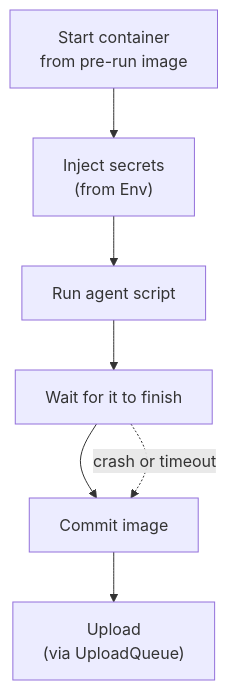
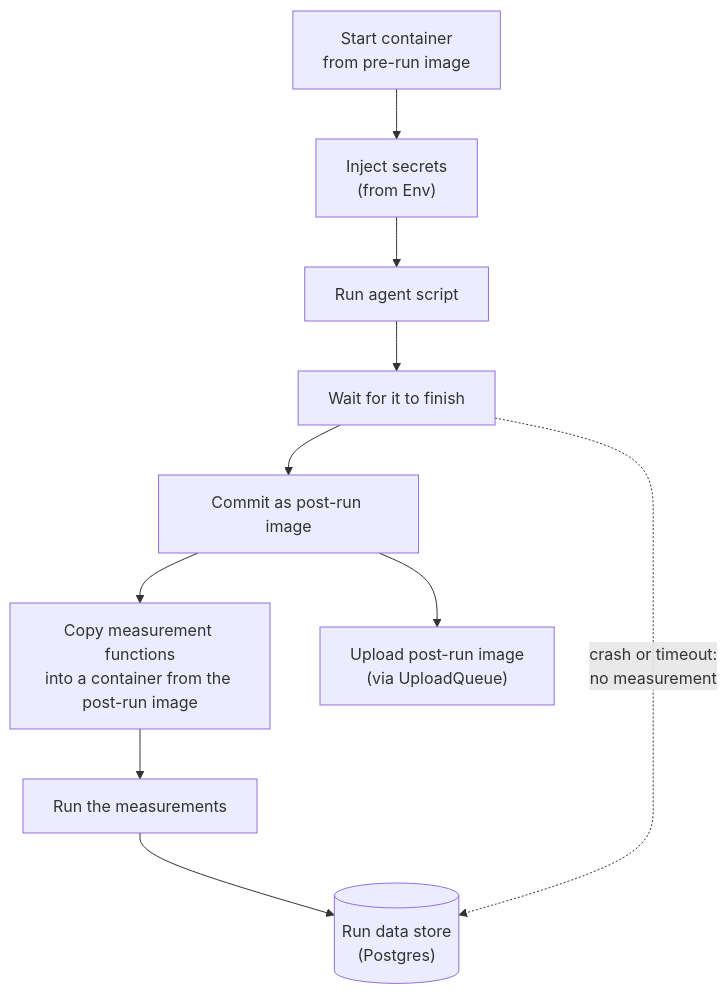
The second of 2 diagrams in project-md/human-safe-space/refactor-work/architecture-plan.md (dwjohnston/thunderjar), drawn with Mermaid before and after one commit. The commit also changed other lines of this file, not shown here.

````diff
--- a/project-md/human-safe-space/refactor-work/architecture-plan.md
+++ b/project-md/human-safe-space/refactor-work/architecture-plan.md
@@ -189,9 +190,12 @@
 ```mermaid
 flowchart TD
   start["Start container<br/>from pre-run image"] --> secrets["Inject secrets<br/>(from Env)"]
   secrets --> agent["Run agent script"]
   agent --> wait["Wait for it to finish"]
-  wait --> commit["Commit image"]
-  commit --> upload["Upload<br/>(via UploadQueue)"]
-  wait -. "crash or timeout" .-> commit
+  wait --> commit["Commit as post-run image"]
+  commit --> copy["Copy measurement functions<br/>into a container from the post-run image"]
+  copy --> measure["Run the measurements"]
+  measure --> store[("Run data store<br/>(Postgres)")]
+  commit --> upload["Upload post-run image<br/>(via UploadQueue)"]
+  wait -. "crash or timeout:<br/>no measurement" .-> store
 ```
````
